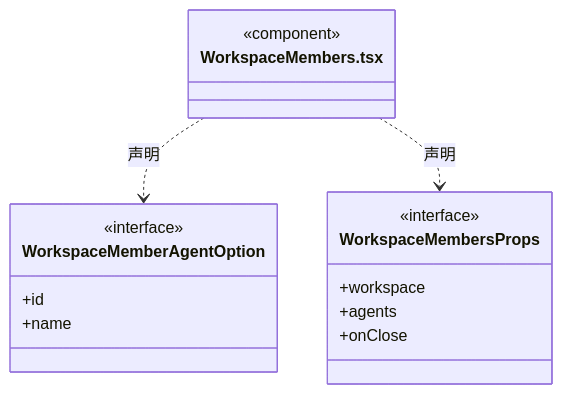
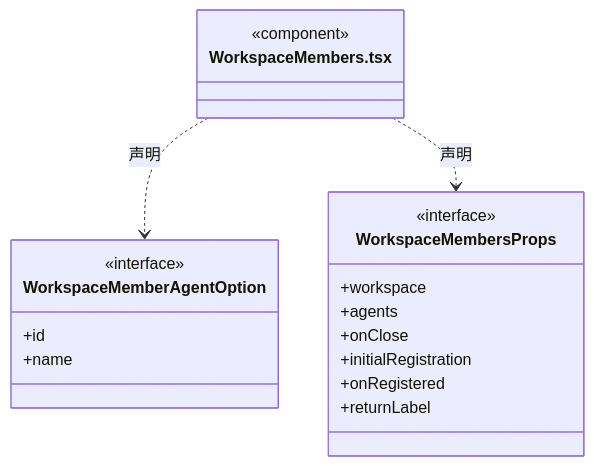
Before and after one commit to nan023062/cbim: diagram 22 of 25 in src/frontend/team/ARCHITECTURE.md, drawn with Mermaid. The commit also changed other lines of this file and 18 other files, not shown here.

````diff
--- a/src/frontend/team/ARCHITECTURE.md
+++ b/src/frontend/team/ARCHITECTURE.md
@@ -379,19 +380,22 @@
 ```mermaid
 classDiagram
 class N_src_frontend_team_WorkspaceMembers_tsx["WorkspaceMembers.tsx"] {
   <<component>>
 }
 class N_src_frontend_team_WorkspaceMembers_tsx_WorkspaceMemberAgentOption["WorkspaceMemberAgentOption"] {
   <<interface>>
   +id
   +name
 }
 N_src_frontend_team_WorkspaceMembers_tsx ..> N_src_frontend_team_WorkspaceMembers_tsx_WorkspaceMemberAgentOption : 声明
 class N_src_frontend_team_WorkspaceMembers_tsx_WorkspaceMembersProps["WorkspaceMembersProps"] {
   <<interface>>
   +workspace
   +agents
   +onClose
+  +initialRegistration
+  +onRegistered
+  +returnLabel
 }
 N_src_frontend_team_WorkspaceMembers_tsx ..> N_src_frontend_team_WorkspaceMembers_tsx_WorkspaceMembersProps : 声明
 ```
````
